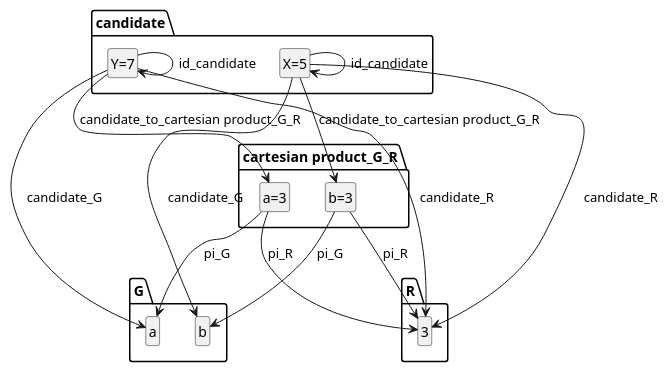
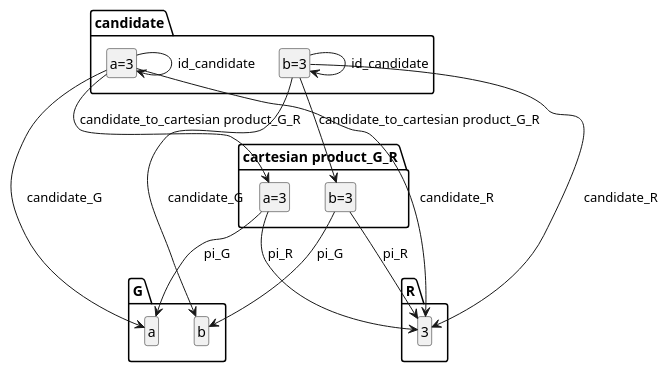
One commit to rajiv-thorat/fmde changed the diagram in FMDE/diagrams/miniproj/idcheck.pretty.plantuml. Above: the diagram before and after it, drawn with PlantUML. The commit also changed 6 other files, not shown here.

```diff
--- a/FMDE/diagrams/miniproj/idcheck.pretty.plantuml
+++ b/FMDE/diagrams/miniproj/idcheck.pretty.plantuml
@@ -1,23 +1,23 @@
 @startuml
 skinparam shadowing false
 hide members
 hide circle
 class "G.a"
 class "G.b"
 class "R.3"
-class "candidate.Y=7"
-class "candidate.X=5"
+class "candidate.a=3"
+class "candidate.b=3"
 
 "cartesian product_G_R.a=3" --> "G.a" : "pi_G"
 "cartesian product_G_R.b=3" --> "G.b" : "pi_G"
 "cartesian product_G_R.a=3" --> "R.3" : "pi_R"
 "cartesian product_G_R.b=3" --> "R.3" : "pi_R"
-"candidate.Y=7" --> "G.a" : "candidate_G"
-"candidate.X=5" --> "G.b" : "candidate_G"
-"candidate.Y=7" --> "R.3" : "candidate_R"
-"candidate.X=5" --> "R.3" : "candidate_R"
-"candidate.Y=7" --> "cartesian product_G_R.a=3" : "candidate_to_cartesian product_G_R"
-"candidate.X=5" --> "cartesian product_G_R.b=3" : "candidate_to_cartesian product_G_R"
-"candidate.Y=7" --> "candidate.Y=7" : "id_candidate"
-"candidate.X=5" --> "candidate.X=5" : "id_candidate"
+"candidate.a=3" --> "G.a" : "candidate_G"
+"candidate.b=3" --> "G.b" : "candidate_G"
+"candidate.a=3" --> "R.3" : "candidate_R"
+"candidate.b=3" --> "R.3" : "candidate_R"
+"candidate.a=3" --> "cartesian product_G_R.a=3" : "candidate_to_cartesian product_G_R"
+"candidate.b=3" --> "cartesian product_G_R.b=3" : "candidate_to_cartesian product_G_R"
+"candidate.a=3" --> "candidate.a=3" : "id_candidate"
+"candidate.b=3" --> "candidate.b=3" : "id_candidate"
 @enduml
```
